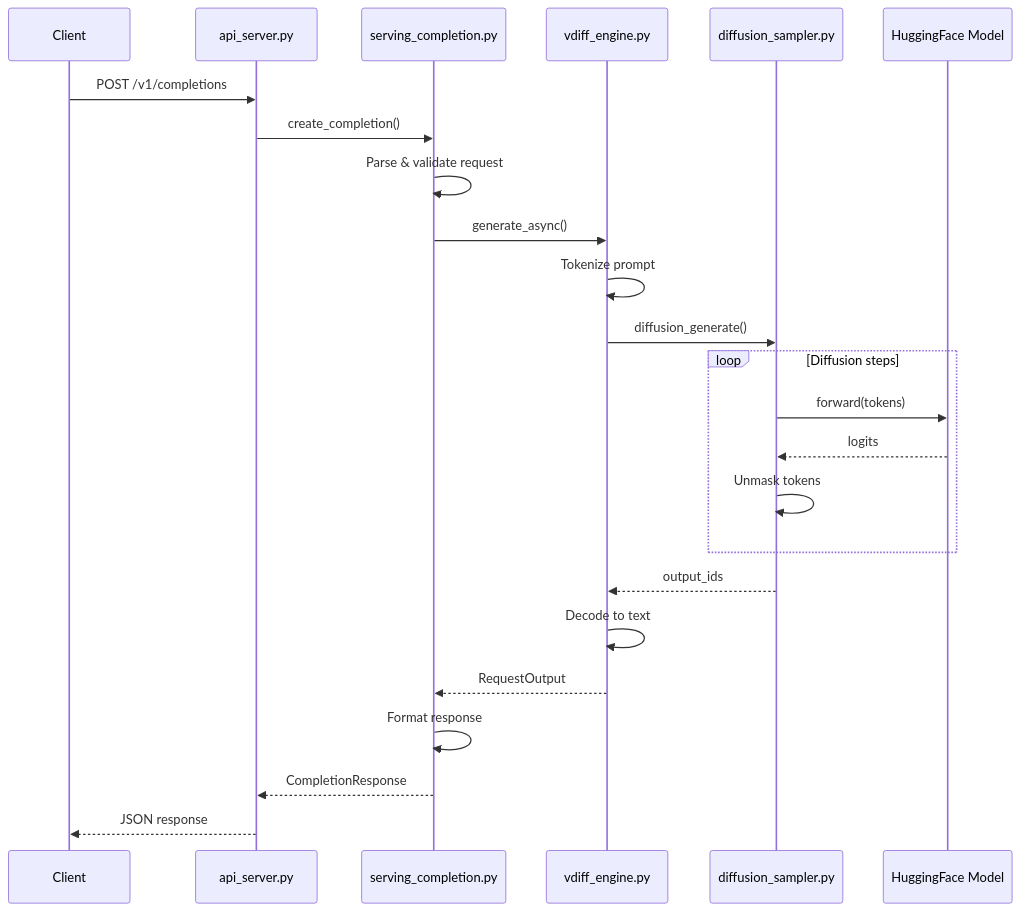
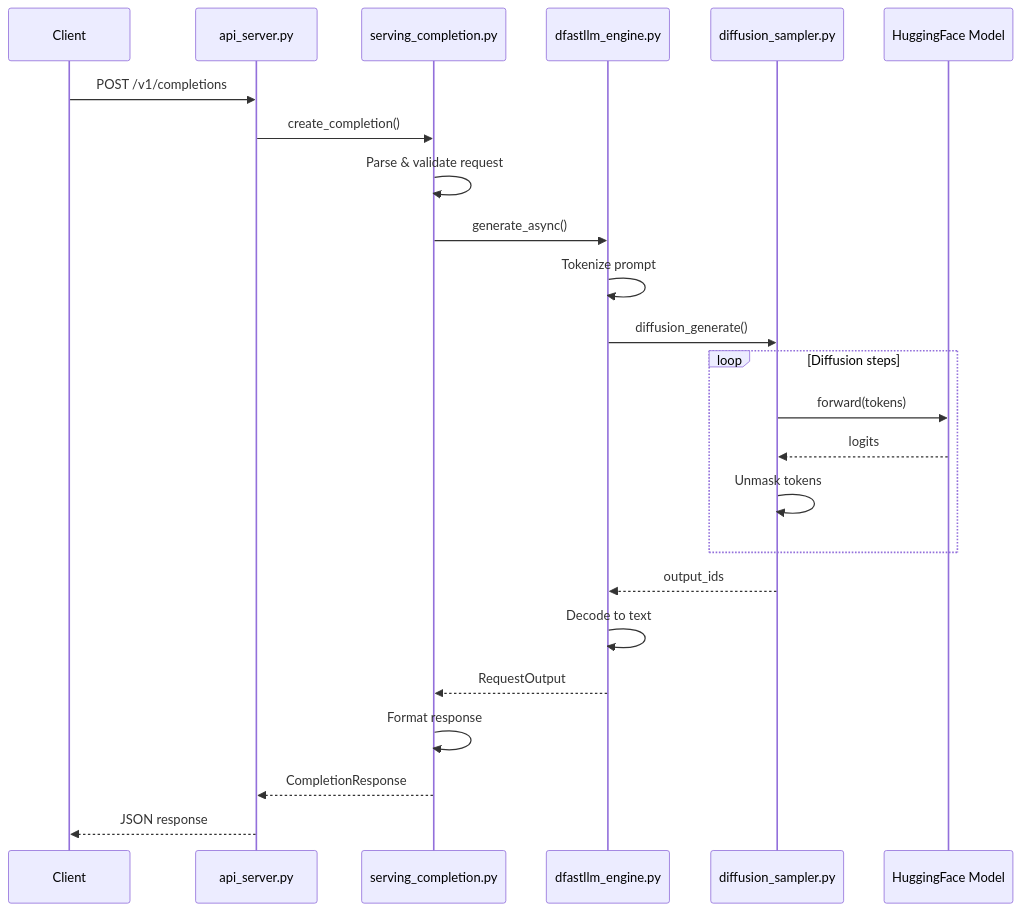
Before and after one commit to mwaykole/vdiff: the first of 16 diagrams in docs/dev-doc/10-code-walkthrough.md, drawn with Mermaid. The commit also changed other lines of this file and 53 other files, not shown here.

First line of the commit message:
refactor: Rename all vdiff references to dfastllm

````diff
--- a/docs/dev-doc/10-code-walkthrough.md
+++ b/docs/dev-doc/10-code-walkthrough.md
@@ -9,29 +9,29 @@
 ```mermaid
 sequenceDiagram
     participant Client
     participant FastAPI as api_server.py
     participant Serving as serving_completion.py
-    participant Engine as vdiff_engine.py
+    participant Engine as dfastllm_engine.py
     participant Diffusion as diffusion_sampler.py
     participant Model as HuggingFace Model
     
     Client->>FastAPI: POST /v1/completions
     FastAPI->>Serving: create_completion()
     Serving->>Serving: Parse & validate request
     Serving->>Engine: generate_async()
     Engine->>Engine: Tokenize prompt
     Engine->>Diffusion: diffusion_generate()
     
     loop Diffusion steps
         Diffusion->>Model: forward(tokens)
         Model-->>Diffusion: logits
         Diffusion->>Diffusion: Unmask tokens
     end
     
     Diffusion-->>Engine: output_ids
     Engine->>Engine: Decode to text
     Engine-->>Serving: RequestOutput
     Serving->>Serving: Format response
     Serving-->>FastAPI: CompletionResponse
     FastAPI-->>Client: JSON response
 ```
````
